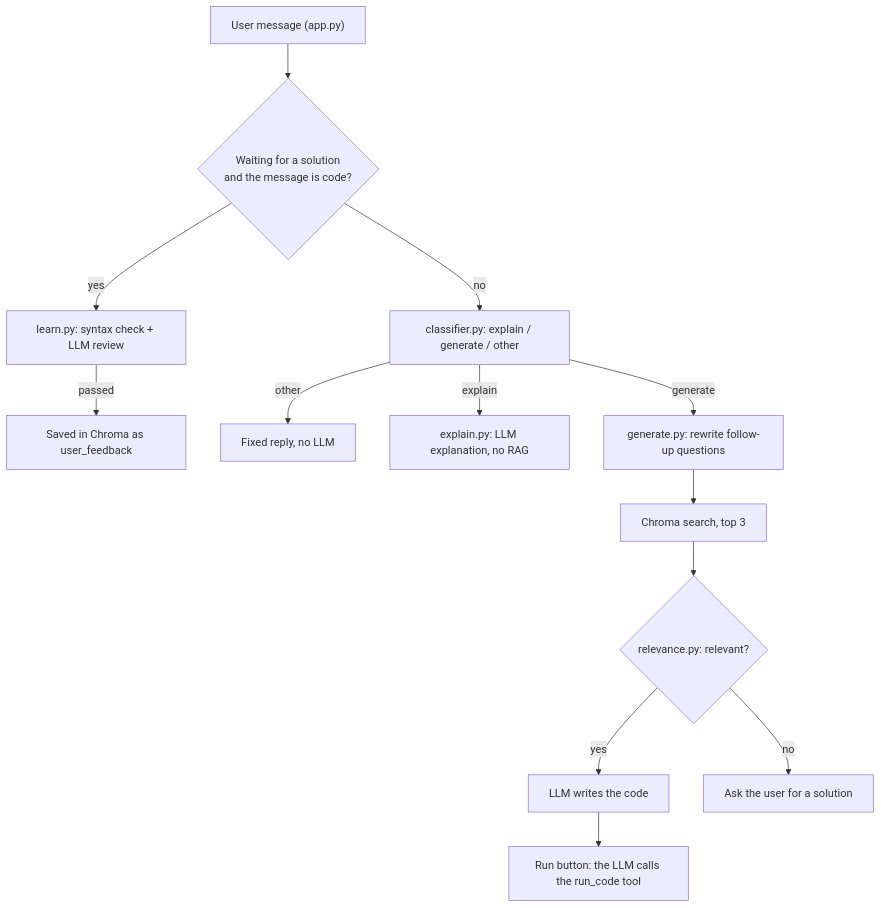
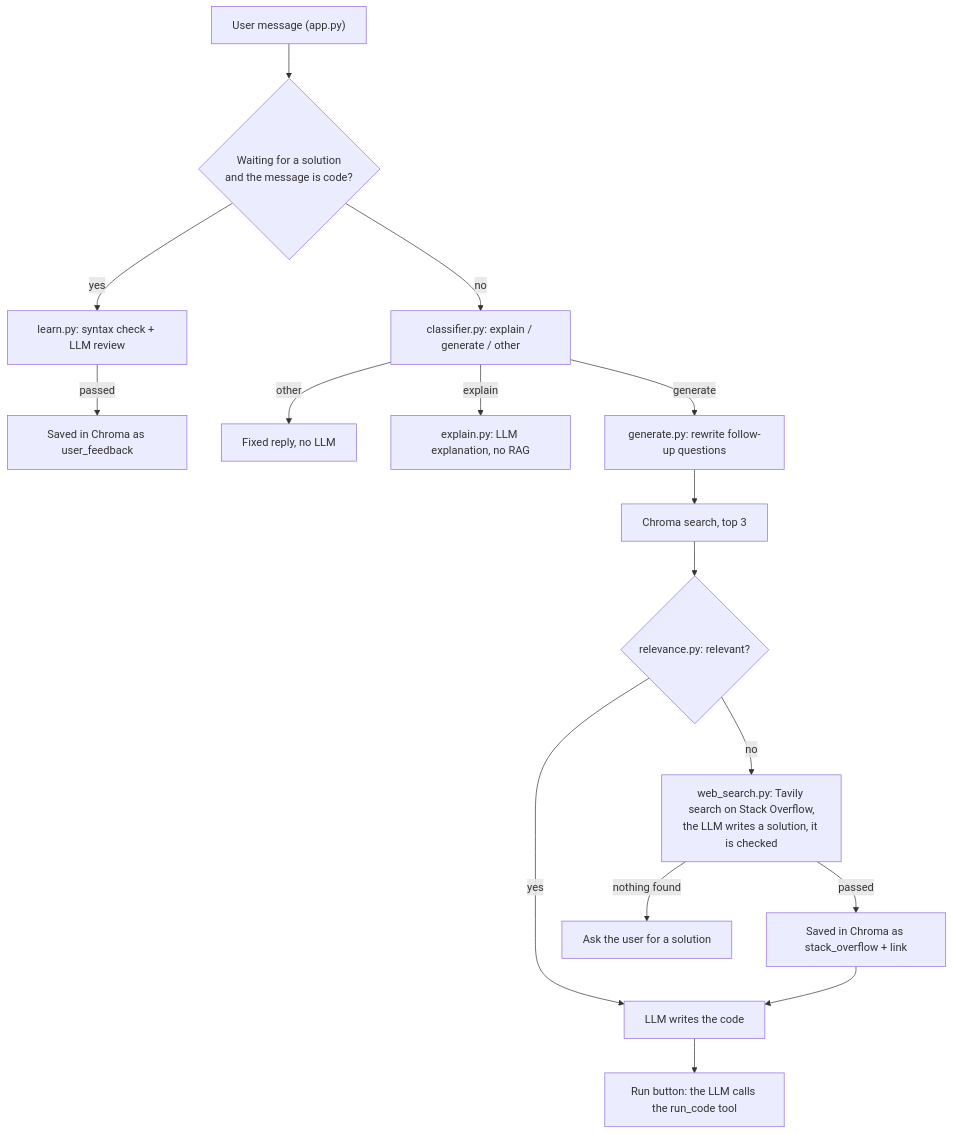
One commit to HebaQasim/ai-coding-assistant-crag changed the diagram in README.md. Above: the diagram before and after it, drawn with Mermaid. The commit also changed other lines of this file and 2 other files, not shown here.

Commit message:
Part 10: show the Stack Overflow route in the app and update the README

````diff
--- a/README.md
+++ b/README.md
@@ -21,15 +22,18 @@
 ```mermaid
 flowchart TD
     A["User message (app.py)"] --> B{"Waiting for a solution<br/>and the message is code?"}
     B -- yes --> L["learn.py: syntax check + LLM review"]
     L -- passed --> K["Saved in Chroma as user_feedback"]
     B -- no --> C["classifier.py: explain / generate / other"]
     C -- other --> O["Fixed reply, no LLM"]
     C -- explain --> E["explain.py: LLM explanation, no RAG"]
     C -- generate --> R["generate.py: rewrite follow-up questions"]
     R --> S["Chroma search, top 3"]
     S --> V{"relevance.py: relevant?"}
     V -- yes --> G["LLM writes the code"]
-    V -- no --> P["Ask the user for a solution"]
+    V -- no --> W["web_search.py: Tavily search on Stack Overflow,<br/>the LLM writes a solution, it is checked"]
+    W -- passed --> SO["Saved in Chroma as stack_overflow + link"]
+    SO --> G
+    W -- nothing found --> P["Ask the user for a solution"]
     G --> RUN["Run button: the LLM calls the run_code tool"]
 ```
````
